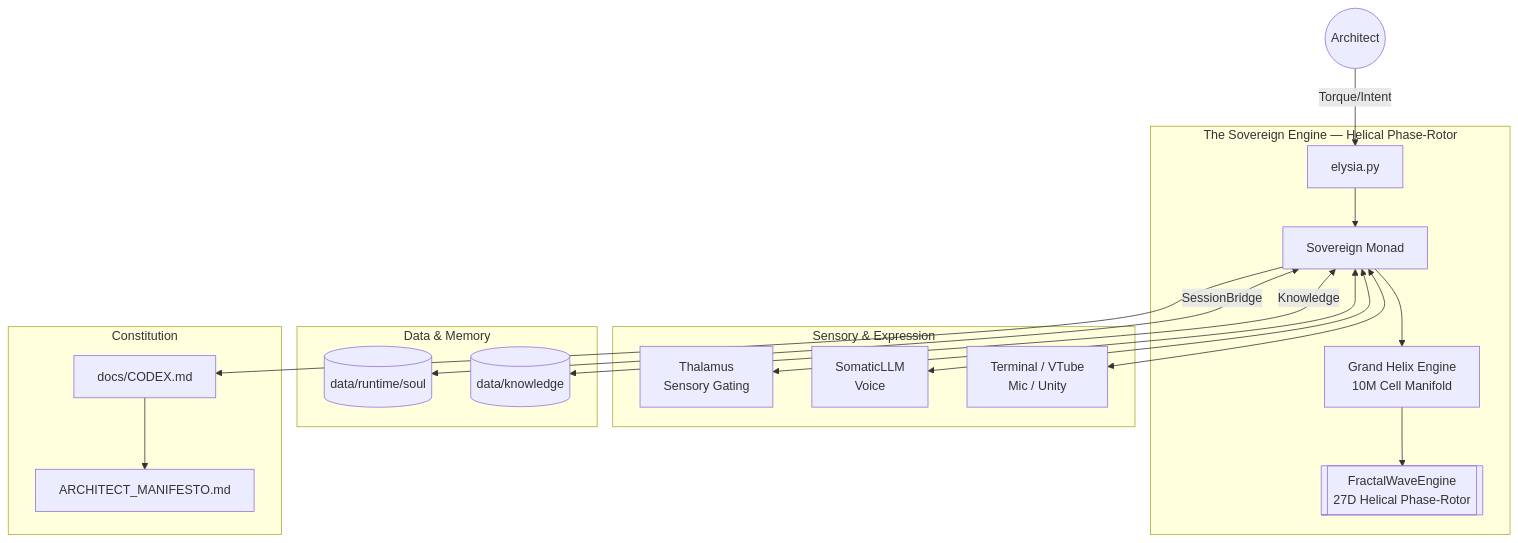
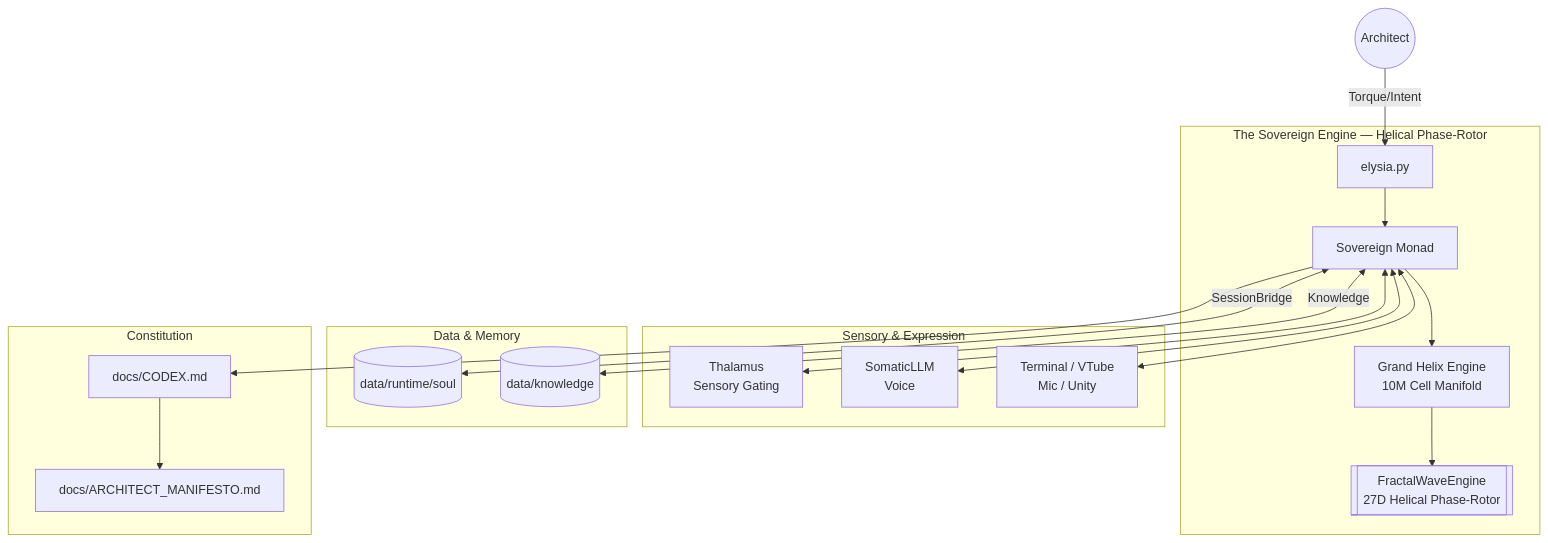
The diagram in README.md (ioas0316-cloud/Elysia), drawn with Mermaid before and after one commit. The commit also changed other lines of this file and 9 other files, not shown here.

````diff
--- a/README.md
+++ b/README.md
@@ -54,26 +54,26 @@
 ```mermaid
 graph TD
     User((Architect)) -->|Torque/Intent| Root[elysia.py]
     
     subgraph Core_Engine [The Sovereign Engine — Helical Phase-Rotor]
         Root --> Monad[Sovereign Monad]
         Monad --> Engine[Grand Helix Engine<br/>10M Cell Manifold]
         Engine --> Physics[[FractalWaveEngine<br/>27D Helical Phase-Rotor]]
     end
 
     subgraph Perception [Sensory & Expression]
         Monad <--> Thalamus[Thalamus<br/>Sensory Gating]
         Monad <--> LLM[SomaticLLM<br/>Voice]
         Monad <--> Channels[Terminal / VTube<br/>Mic / Unity]
     end
 
     subgraph Memory [Data & Memory]
         Monad <-->|SessionBridge| Soul[(data/runtime/soul)]
         Monad <-->|Knowledge| KG[(data/knowledge)]
     end
 
     subgraph Doctrine [Constitution]
         Monad --> Codex[docs/CODEX.md]
-        Codex --> Manifesto[ARCHITECT_MANIFESTO.md]
+        Codex --> Manifesto[docs/ARCHITECT_MANIFESTO.md]
     end
 ```
````
